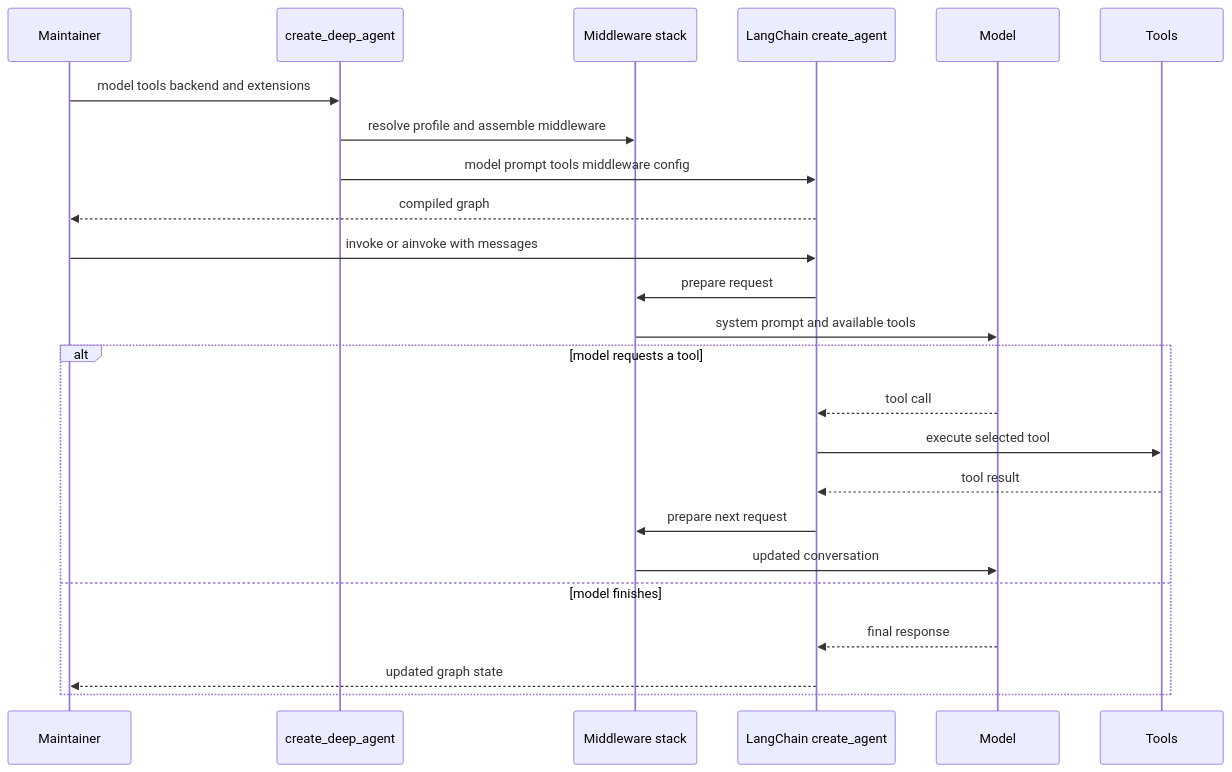
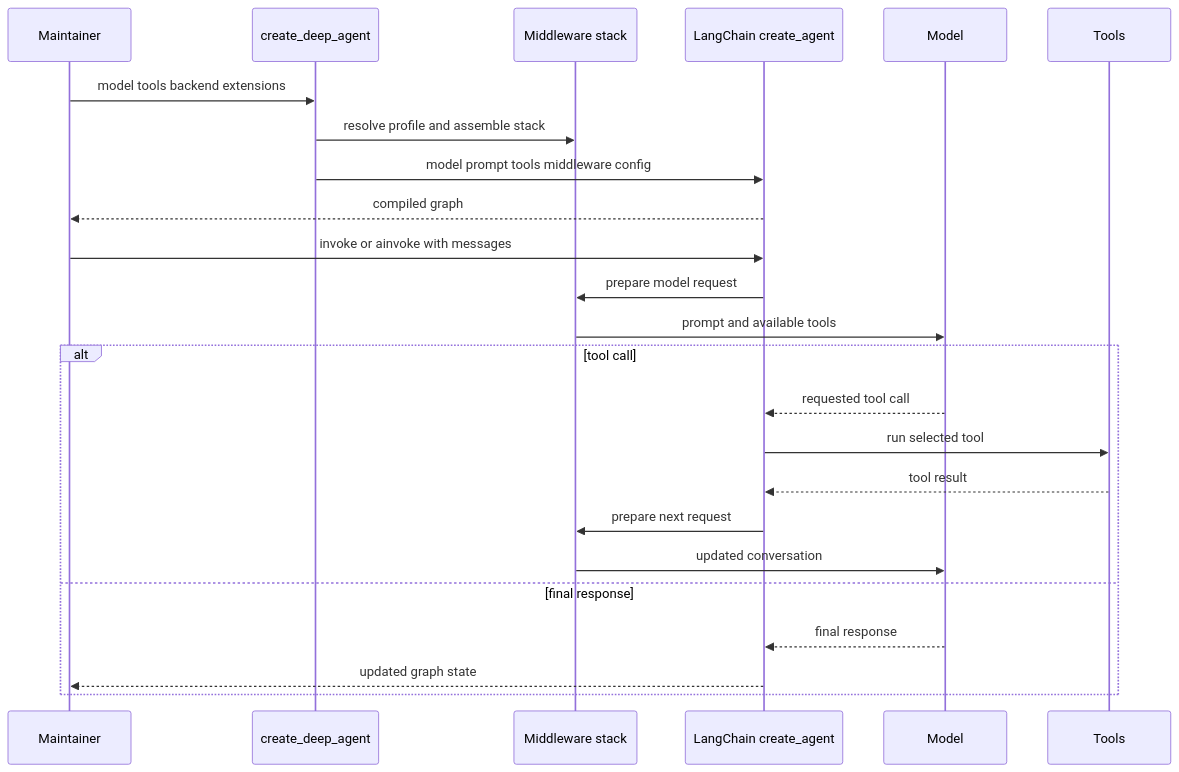
Before and after one commit to langchain-ai/deepagents: the diagram in openwiki/workflows/build-a-deep-agent.md, drawn with Mermaid. The commit also changed other lines of this file and 62 other files, not shown here.

````diff
--- a/openwiki/workflows/build-a-deep-agent.md
+++ b/openwiki/workflows/build-a-deep-agent.md
@@ -66,26 +66,26 @@
 ```mermaid
 sequenceDiagram
     participant Maintainer
     participant Builder as create_deep_agent
     participant Stack as Middleware stack
     participant Graph as LangChain create_agent
     participant Model
     participant Tools
-    Maintainer->>Builder: model tools backend and extensions
-    Builder->>Stack: resolve profile and assemble middleware
+    Maintainer->>Builder: model tools backend extensions
+    Builder->>Stack: resolve profile and assemble stack
     Builder->>Graph: model prompt tools middleware config
     Graph-->>Maintainer: compiled graph
     Maintainer->>Graph: invoke or ainvoke with messages
-    Graph->>Stack: prepare request
-    Stack->>Model: system prompt and available tools
-    alt model requests a tool
-        Model-->>Graph: tool call
-        Graph->>Tools: execute selected tool
+    Graph->>Stack: prepare model request
+    Stack->>Model: prompt and available tools
+    alt tool call
+        Model-->>Graph: requested tool call
+        Graph->>Tools: run selected tool
         Tools-->>Graph: tool result
         Graph->>Stack: prepare next request
         Stack->>Model: updated conversation
-    else model finishes
+    else final response
         Model-->>Graph: final response
         Graph-->>Maintainer: updated graph state
     end
 ```
````
